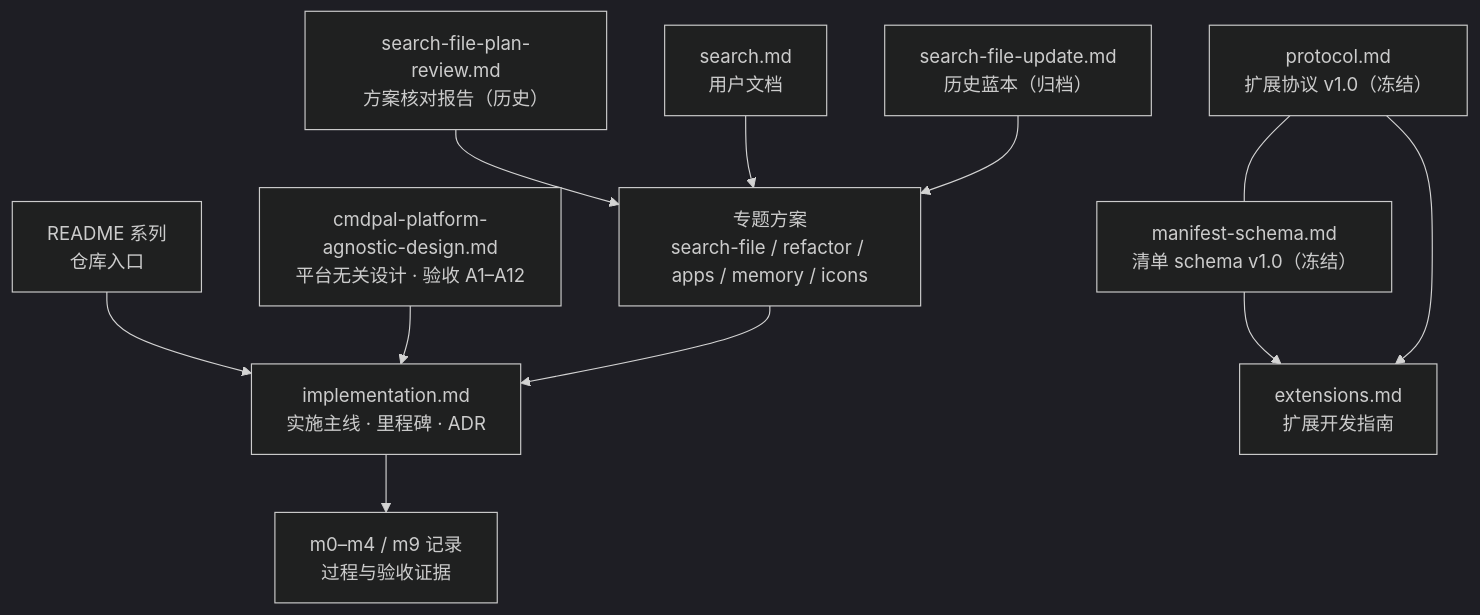
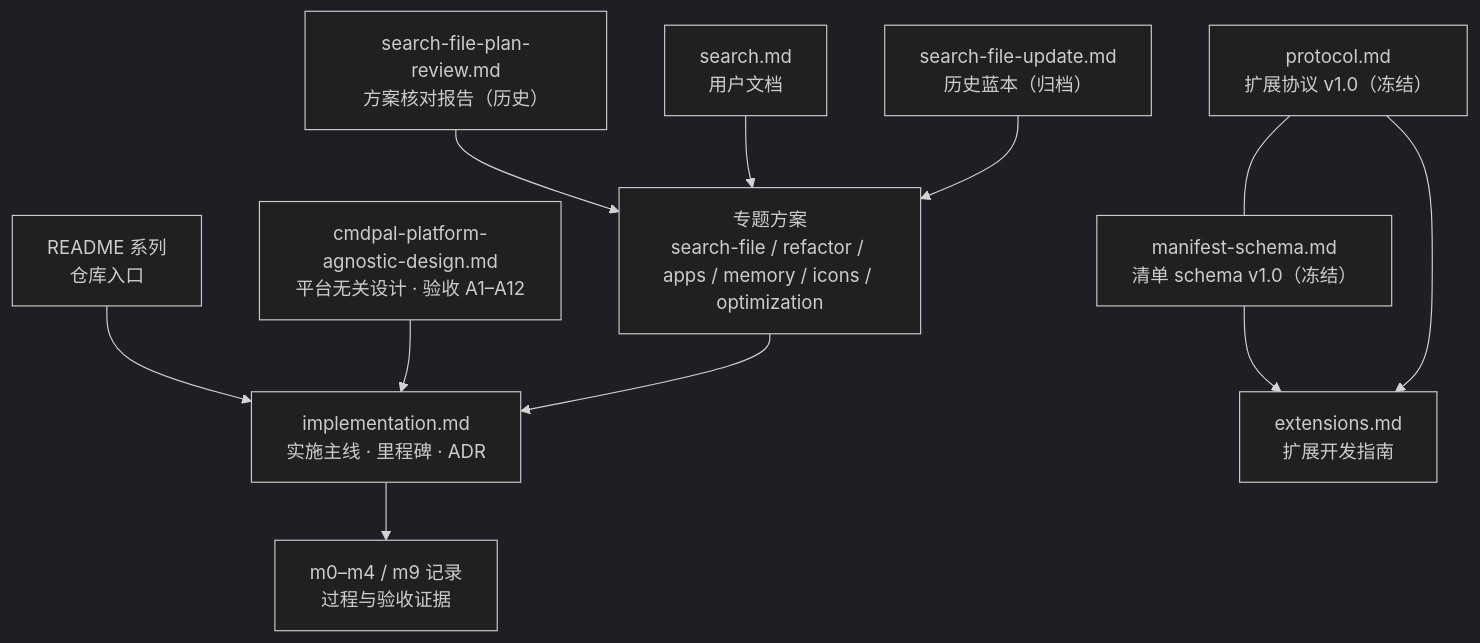
Before and after one commit to Yang-SH/dd-run: the diagram in docs/INDEX.md, drawn with Mermaid (dark theme). The commit also changed other lines of this file and 20 other files, not shown here.

````diff
--- a/docs/INDEX.md
+++ b/docs/INDEX.md
@@ -23,16 +23,16 @@
 ```mermaid
 flowchart TD
     README["README 系列<br/>仓库入口"] --> IMPL
     IMPL["implementation.md<br/>实施主线 · 里程碑 · ADR"]
     DESIGN["cmdpal-platform-agnostic-design.md<br/>平台无关设计 · 验收 A1–A12"] --> IMPL
     IMPL --> REC["m0–m4 / m9 记录<br/>过程与验收证据"]
 
     PROTO["protocol.md<br/>扩展协议 v1.0（冻结）"] --- MANIFEST["manifest-schema.md<br/>清单 schema v1.0（冻结）"]
     MANIFEST --> EXT["extensions.md<br/>扩展开发指南"]
     PROTO --> EXT
 
-    PLAN["专题方案<br/>search-file / refactor / apps / memory / icons"] --> IMPL
+    PLAN["专题方案<br/>search-file / refactor / apps / memory / icons / optimization"] --> IMPL
     REVIEW["search-file-plan-review.md<br/>方案核对报告（历史）"] --> PLAN
     USERDOC["search.md<br/>用户文档"] --> PLAN
     ARCHIVE["search-file-update.md<br/>历史蓝本（归档）"] --> PLAN
 ```
````
